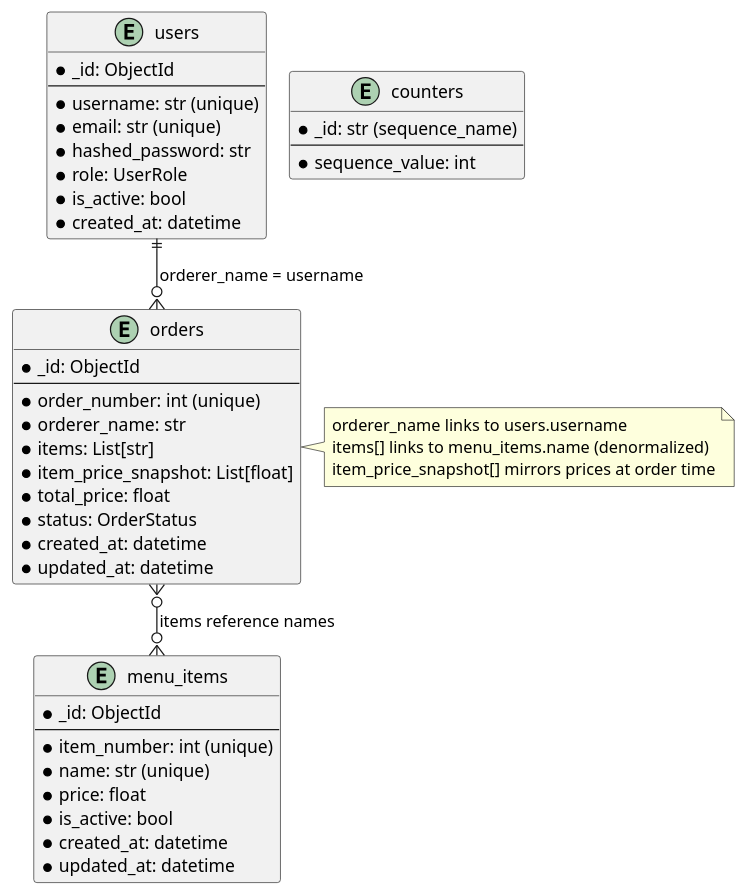
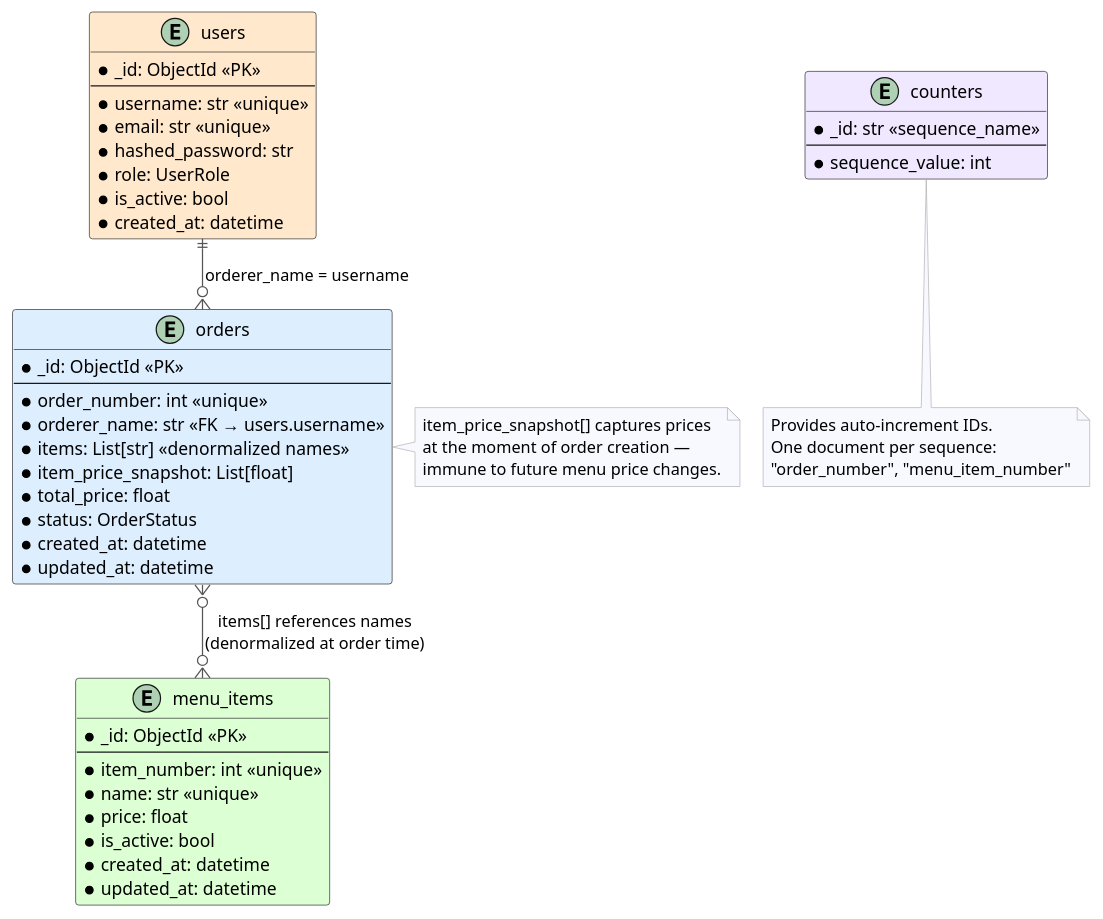
One commit to Picard1203/Crusty-Crab changed the diagram in design_diagrams/pumls/erd.puml. Above: the diagram before and after it, drawn with PlantUML. The commit also changed 4 other files, not shown here.

Commit message:
improve design diagrams and fix auth router status codes

```diff
--- a/design_diagrams/pumls/erd.puml
+++ b/design_diagrams/pumls/erd.puml
@@ -1,54 +1,67 @@
 @startuml Krusty Crab - Entity Relationship Diagram
 !pragma layout smetana
 
-entity "orders" {
-    * _id: ObjectId
+skinparam EntityBorderColor #666666
+skinparam EntityBackgroundColor #FFFDF0
+skinparam EntityFontStyle bold
+skinparam ArrowColor #555555
+skinparam NoteBackgroundColor #F8F8FF
+skinparam NoteBorderColor #AAAAAA
+
+entity "orders" #DDEEFF {
+    * _id: ObjectId <<PK>>
     --
-    * order_number: int (unique)
-    * orderer_name: str
-    * items: List[str]
+    * order_number: int <<unique>>
+    * orderer_name: str <<FK → users.username>>
+    * items: List[str] <<denormalized names>>
     * item_price_snapshot: List[float]
     * total_price: float
     * status: OrderStatus
     * created_at: datetime
     * updated_at: datetime
 }
 
-entity "menu_items" {
-    * _id: ObjectId
+entity "menu_items" #DDFFD4 {
+    * _id: ObjectId <<PK>>
     --
-    * item_number: int (unique)
-    * name: str (unique)
+    * item_number: int <<unique>>
+    * name: str <<unique>>
     * price: float
     * is_active: bool
     * created_at: datetime
     * updated_at: datetime
 }
 
-entity "users" {
-    * _id: ObjectId
+entity "users" #FFE8CC {
+    * _id: ObjectId <<PK>>
     --
-    * username: str (unique)
-    * email: str (unique)
+    * username: str <<unique>>
+    * email: str <<unique>>
     * hashed_password: str
     * role: UserRole
     * is_active: bool
     * created_at: datetime
 }
 
-entity "counters" {
-    * _id: str (sequence_name)
+entity "counters" #F0E8FF {
+    * _id: str <<sequence_name>>
     --
     * sequence_value: int
 }
 
-orders }o--o{ menu_items : "items reference names"
+orders }o--o{ menu_items : "items[] references names\n(denormalized at order time)"
 users ||--o{ orders : "orderer_name = username"
 
+note bottom of counters
+    Provides auto-increment IDs.
+    One document per sequence:
+    "order_number", "menu_item_number"
+end note
+
 note right of orders
-    orderer_name links to users.username
-    items[] links to menu_items.name (denormalized)
-    item_price_snapshot[] mirrors prices at order time
+    item_price_snapshot[] captures prices
+    at the moment of order creation —
+    immune to future menu price changes.
 end note
 
 @enduml
```
